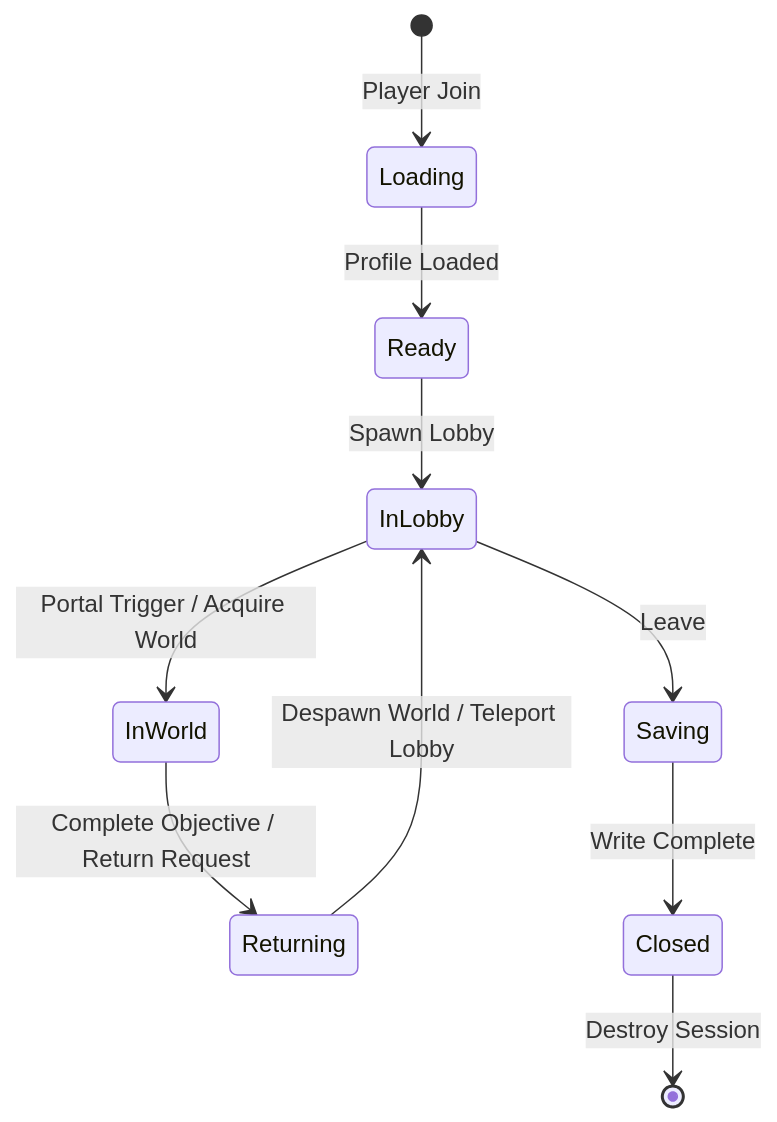
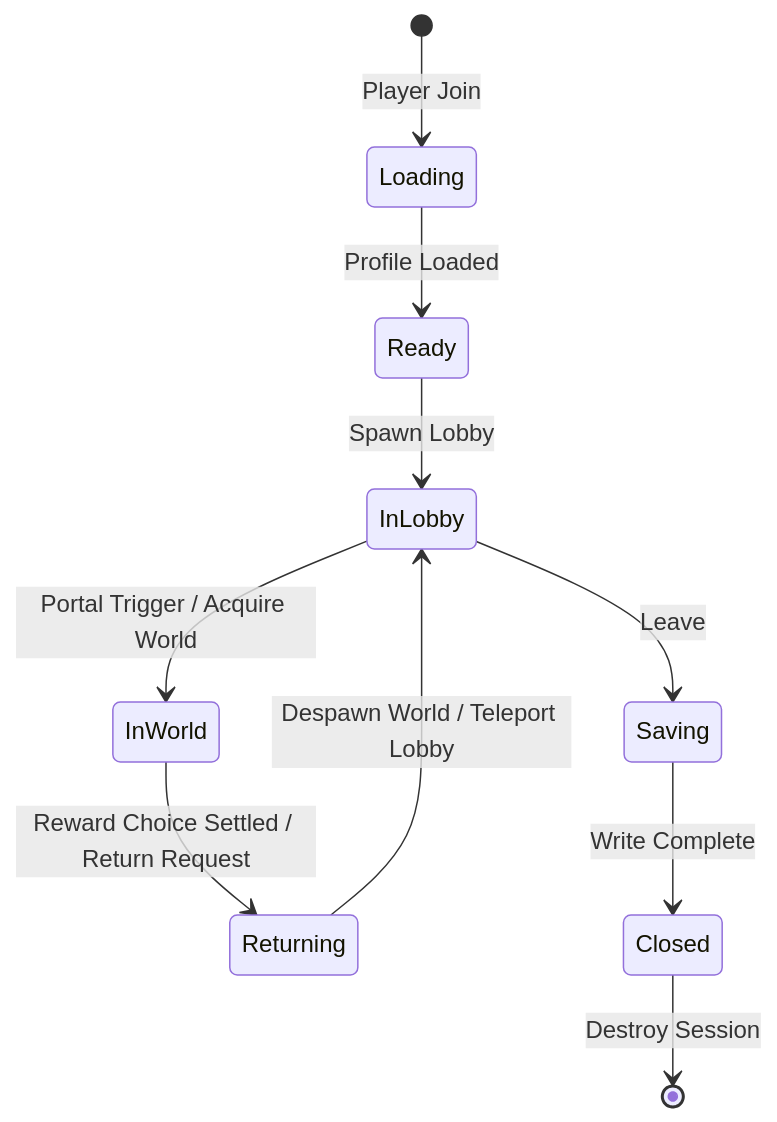
One commit to AgnesLorem/BIGGER-PER-STEP changed the second of 3 diagrams in docs/RUNTIME.md. Above: the diagram before and after it, drawn with Mermaid. The commit also changed other lines of this file and 12 other files, not shown here.

````diff
--- a/docs/RUNTIME.md
+++ b/docs/RUNTIME.md
@@ -106,12 +106,12 @@
 ```mermaid
 stateDiagram-v2
     [*] --> Loading : Player Join
     Loading --> Ready : Profile Loaded
     Ready --> InLobby : Spawn Lobby
     InLobby --> InWorld : Portal Trigger / Acquire World
-    InWorld --> Returning : Complete Objective / Return Request
+    InWorld --> Returning : Reward Choice Settled / Return Request
     Returning --> InLobby : Despawn World / Teleport Lobby
     InLobby --> Saving : Leave
     Saving --> Closed : Write Complete
     Closed --> [*] : Destroy Session
 ```
````
